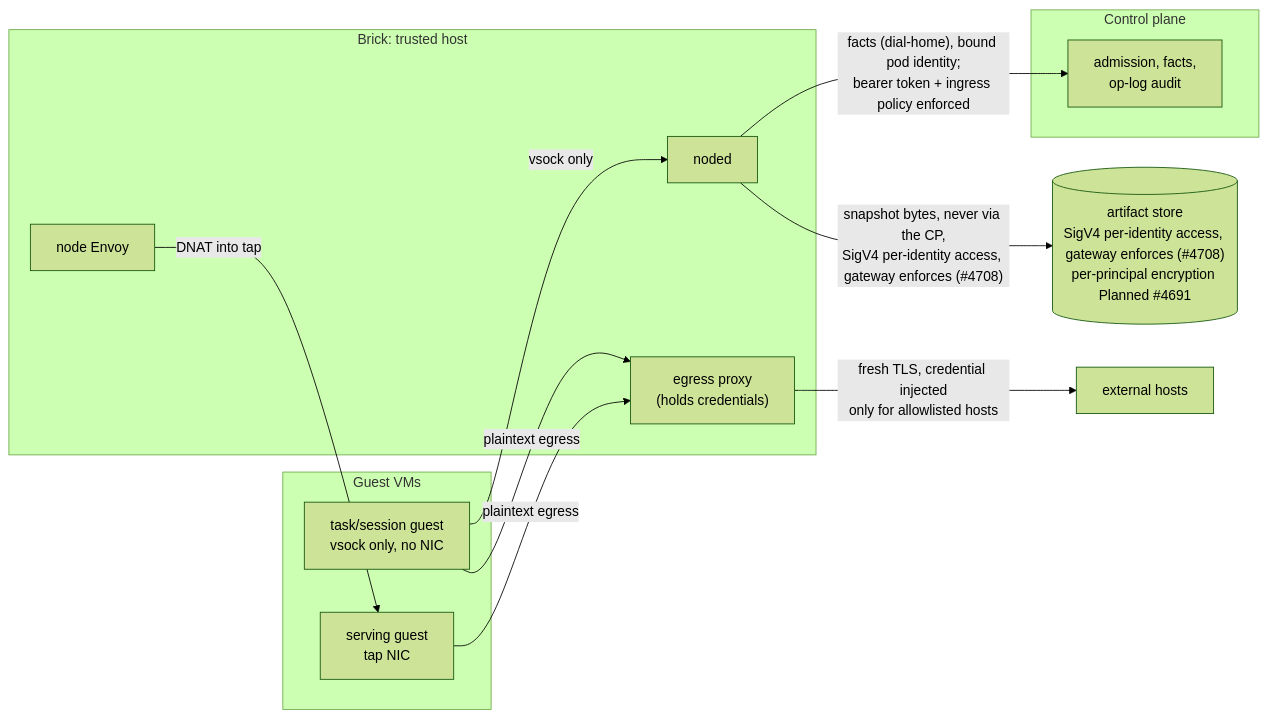
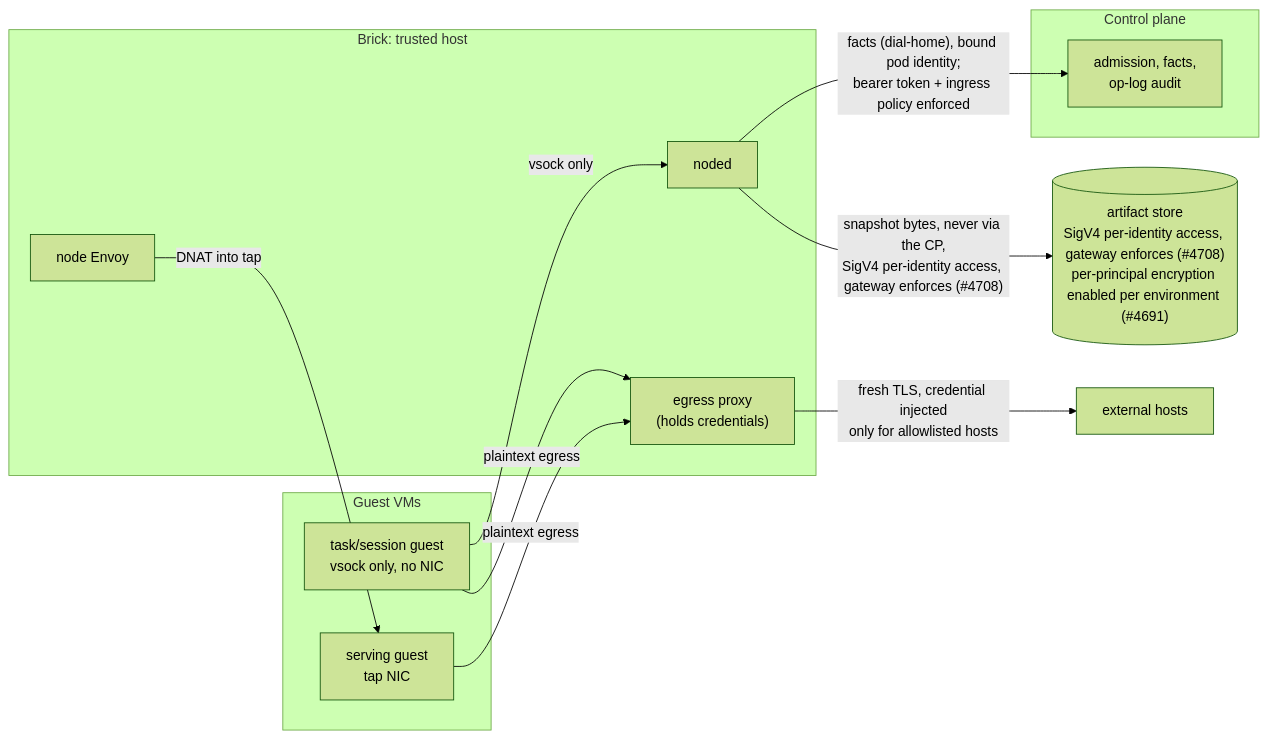
One commit to jomcgi-org/homelab changed the sixth of 6 diagrams in projects/embervm/ARCHITECTURE.md. Above: the diagram before and after it, drawn with Mermaid (forest theme). The commit also changed other lines of this file and 14 other files, not shown here.

````diff
--- a/projects/embervm/ARCHITECTURE.md
+++ b/projects/embervm/ARCHITECTURE.md
@@ -924,25 +923,25 @@
 ```mermaid
 graph LR
     subgraph vm ["Guest VMs"]
         G1["task/session guest<br/>vsock only, no NIC"]
         G2["serving guest<br/>tap NIC"]
     end
     subgraph brick ["Brick: trusted host"]
         N["noded"]
         P["egress proxy<br/>(holds credentials)"]
         E["node Envoy"]
     end
     subgraph cp ["Control plane"]
         F["admission, facts,<br/>op-log audit"]
     end
-    S[("artifact store<br/>SigV4 per-identity access, gateway enforces (#4708)<br/>per-principal encryption Planned #4691")]
+    S[("artifact store<br/>SigV4 per-identity access, gateway enforces (#4708)<br/>per-principal encryption enabled per environment (#4691)")]
     X["external hosts"]
 
     G1 -- "vsock only" --> N
     E -- "DNAT into tap" --> G2
     G1 -- "plaintext egress" --> P
     G2 -- "plaintext egress" --> P
     P -- "fresh TLS, credential injected<br/>only for allowlisted hosts" --> X
     N -- "facts (dial-home), bound pod identity;<br/>bearer token + ingress policy enforced" --> F
     N -- "snapshot bytes, never via the CP,<br/>SigV4 per-identity access, gateway enforces (#4708)" --> S
 ```
````
